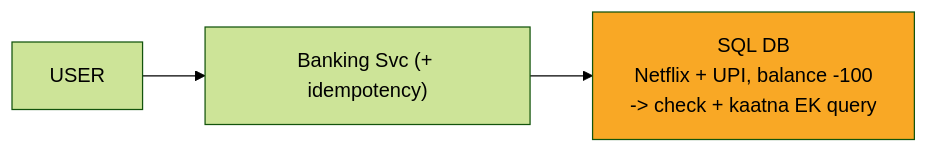
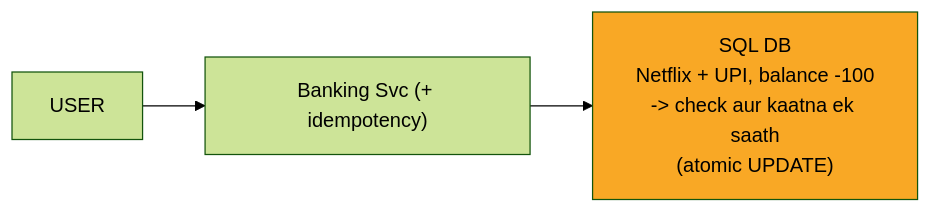
One commit to ArpanMaheshwari144/Prep changed the fourth of 13 diagrams in 04_HLD/SYSTEM_DESIGNS/13_banking_system/13_banking_system.md. Above: the diagram before and after it, drawn with Mermaid (forest theme). The commit also changed other lines of this file and 13 other files, not shown here.

````diff
--- a/04_HLD/SYSTEM_DESIGNS/13_banking_system/13_banking_system.md
+++ b/04_HLD/SYSTEM_DESIGNS/13_banking_system/13_banking_system.md
@@ -142,9 +142,9 @@
 ```mermaid
 flowchart LR
     n_USER["USER"]
     n_SVC["Banking Svc (+ idempotency)"]
-    n_DB["SQL DB<br/>Netflix + UPI, balance -100<br/>-> check + kaatna EK query"]
+    n_DB["SQL DB<br/>Netflix + UPI, balance -100<br/>-> check aur kaatna ek saath<br/>(atomic UPDATE)"]
     n_USER --> n_SVC
     n_SVC --> n_DB
     style n_DB fill:#f9a825,color:#000
 ```
````
